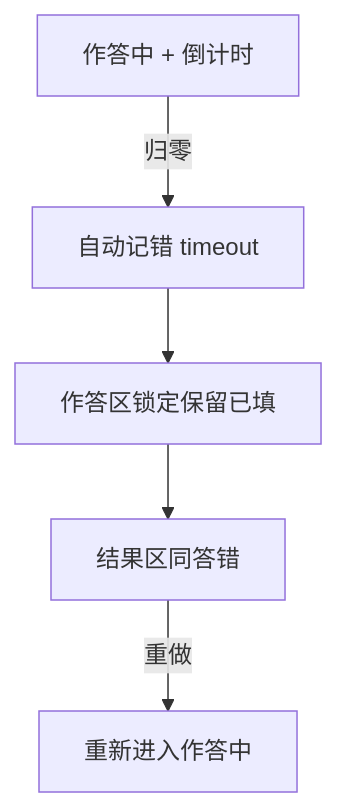
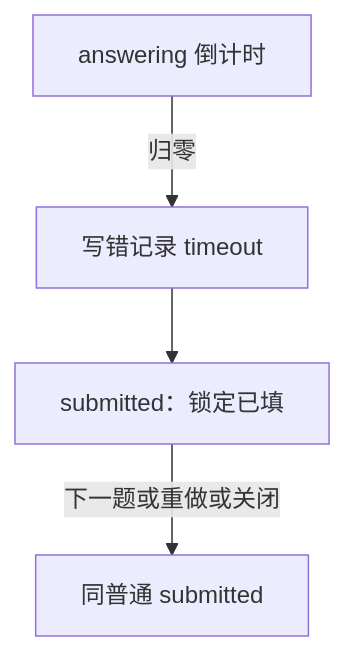
Before and after one commit to xbtshady/p7: the third of 3 diagrams in docs/2.0/交互设计文档.md, drawn with Mermaid. The commit also changed other lines of this file and 4 other files, not shown here.

````diff
--- a/docs/2.0/交互设计文档.md
+++ b/docs/2.0/交互设计文档.md
@@ -121,7 +161,6 @@
 ```mermaid
 flowchart TD
-  T[作答中 + 倒计时] -->|归零| U[自动记错 timeout]
-  U --> V[作答区锁定保留已填]
-  V --> H[结果区同答错]
-  H -->|重做| T2[重新进入作答中]
+  T[answering 倒计时] -->|归零| U[写错记录 timeout]
+  U --> H[submitted：锁定已填]
+  H -->|下一题或重做或关闭| Z[同普通 submitted]
 ```
````
